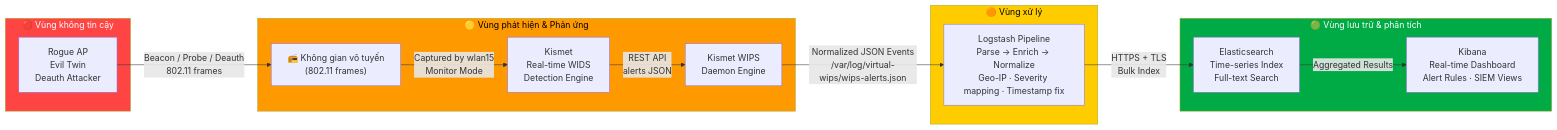
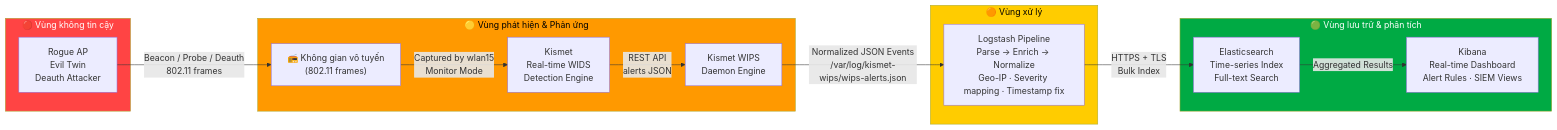
Before and after one commit to ph4n10m1808/wireless-mobile-network-security-project: the seventh of 7 diagrams in DATA_FLOW.md, drawn with Mermaid. The commit also changed other lines of this file and 14 other files, not shown here.

````diff
--- a/DATA_FLOW.md
+++ b/DATA_FLOW.md
@@ -327,33 +310,33 @@
 ```mermaid
 flowchart LR
     subgraph UNTRUSTED["🔴 Vùng không tin cậy"]
         ROGUE2["Rogue AP\nEvil Twin\nDeauth Attacker"]
     end
 
     subgraph DETECTION["🟡 Vùng phát hiện & Phản ứng"]
         AIR["📻 Không gian vô tuyến\n(802.11 frames)"]
         KS2["Kismet\nReal-time WIDS\nDetection Engine"]
         WIPS["Kismet WIPS\nDaemon Engine"]
     end
 
     subgraph PROCESSING["🟠 Vùng xử lý"]
         PIPE["Logstash Pipeline\nParse → Enrich → Normalize\nGeo-IP · Severity mapping · Timestamp fix"]
     end
 
     subgraph STORAGE["🟢 Vùng lưu trữ & phân tích"]
         IDX["Elasticsearch\nTime-series Index\nFull-text Search"]
         DASH["Kibana\nReal-time Dashboard\nAlert Rules · SIEM Views"]
     end
 
     ROGUE2 -->|"Beacon / Probe / Deauth\n802.11 frames"| AIR
     AIR -->|"Captured by wlan15\nMonitor Mode"| KS2
     KS2 -->|"REST API\nalerts JSON"| WIPS
-    WIPS -->|"Normalized JSON Events\n/var/log/virtual-wips/wips-alerts.json"| PIPE
+    WIPS -->|"Normalized JSON Events\n/var/log/kismet-wips/wips-alerts.json"| PIPE
     PIPE -->|"HTTPS + TLS\nBulk Index"| IDX
     IDX -->|"Aggregated Results"| DASH
 
     style UNTRUSTED fill:#ff4444,color:#fff
     style DETECTION fill:#ff9900,color:#000
     style PROCESSING fill:#ffcc00,color:#000
     style STORAGE fill:#00aa44,color:#fff
 ```
````
